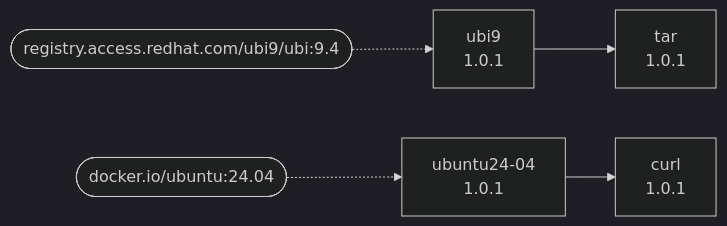
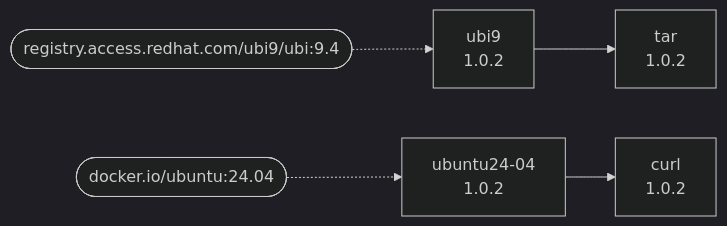
The diagram in README.md (franco-martin/ITB-demo-project), drawn with Mermaid (dark theme) before and after one commit. The commit also changed other lines of this file and 3 other files, not shown here.

````diff
--- a/README.md
+++ b/README.md
@@ -7,17 +7,17 @@
 ```mermaid
 flowchart LR
-    img_ubi9["ubi9<br/>1.0.1"]
+    img_ubi9["ubi9<br/>1.0.2"]
     src_registry_access_redhat_com_ubi9_ubi_9_4(["registry.access.redhat.com/ubi9/ubi:9.4"])
-    img_ubi9_tar["tar<br/>1.0.1"]
-    img_ubuntu24_04["ubuntu24-04<br/>1.0.1"]
+    img_ubi9_tar["tar<br/>1.0.2"]
+    img_ubuntu24_04["ubuntu24-04<br/>1.0.2"]
     src_docker_io_ubuntu_24_04(["docker.io/ubuntu:24.04"])
-    img_ubuntu24_04_curl["curl<br/>1.0.1"]
+    img_ubuntu24_04_curl["curl<br/>1.0.2"]
     src_registry_access_redhat_com_ubi9_ubi_9_4 -.-> img_ubi9
     img_ubi9 --> img_ubi9_tar
     src_docker_io_ubuntu_24_04 -.-> img_ubuntu24_04
     img_ubuntu24_04 --> img_ubuntu24_04_curl
     click img_ubi9 href "https://github.com/franco-martin/ITB-demo-project/blob/HEAD/images/ubi9/Containerfile" "Open Containerfile"
     click img_ubi9_tar href "https://github.com/franco-martin/ITB-demo-project/blob/HEAD/images/ubi9/tar/Containerfile" "Open Containerfile"
     click img_ubuntu24_04 href "https://github.com/franco-martin/ITB-demo-project/blob/HEAD/images/ubuntu24-04/Containerfile" "Open Containerfile"
     click img_ubuntu24_04_curl href "https://github.com/franco-martin/ITB-demo-project/blob/HEAD/images/ubuntu24-04/curl/Containerfile" "Open Containerfile"
 ```
````
